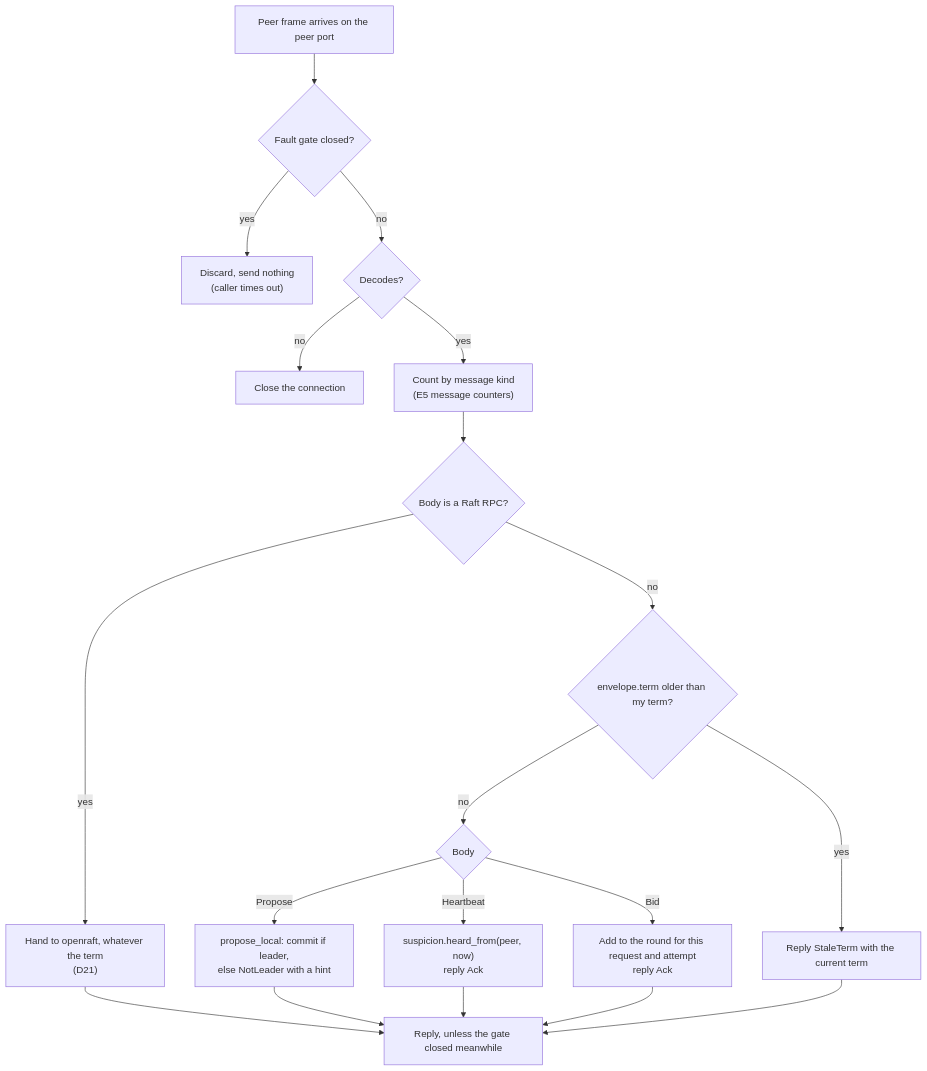
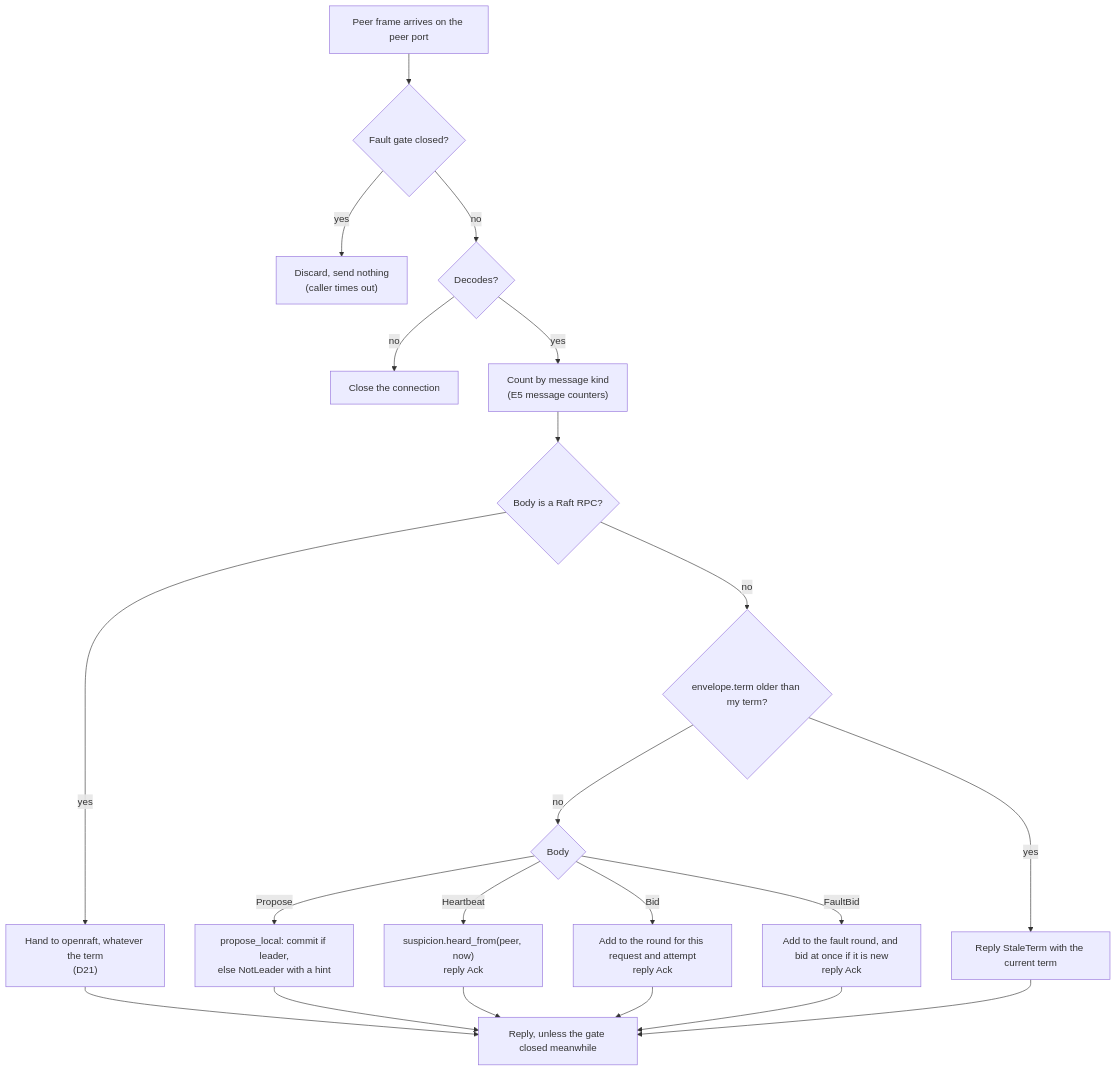
One commit to noortaytoy1/DistributedSystems changed the ninth of 43 diagrams in docs/architecture.md. Above: the diagram before and after it, drawn with Mermaid. The commit also changed other lines of this file and 6 other files, not shown here.

````diff
--- a/docs/architecture.md
+++ b/docs/architecture.md
@@ -513,21 +514,23 @@
 ```mermaid
 flowchart TD
     IN["Peer frame arrives on the peer port"] --> G{"Fault gate closed?"}
     G -->|"yes"| DROP["Discard, send nothing<br/>(caller times out)"]
     G -->|"no"| DEC{"Decodes?"}
     DEC -->|"no"| CLOSE["Close the connection"]
     DEC -->|"yes"| COUNT["Count by message kind<br/>(E5 message counters)"]
     COUNT --> RAFTQ{"Body is a Raft RPC?"}
     RAFTQ -->|"yes"| OR["Hand to openraft, whatever the term<br/>(D21)"]
     RAFTQ -->|"no"| TERM{"envelope.term older than my term?"}
     TERM -->|"yes"| STALE["Reply StaleTerm with the current term"]
     TERM -->|"no"| KIND{"Body"}
     KIND -->|"Propose"| PL["propose_local: commit if leader,<br/>else NotLeader with a hint"]
     KIND -->|"Heartbeat"| HB["suspicion.heard_from(peer, now)<br/>reply Ack"]
     KIND -->|"Bid"| BID["Add to the round for this request and attempt<br/>reply Ack"]
+    KIND -->|"FaultBid"| FB["Add to the fault round, and bid at once if it is new<br/>reply Ack"]
     OR --> REPLY["Reply, unless the gate closed meanwhile"]
     PL --> REPLY
     HB --> REPLY
     BID --> REPLY
+    FB --> REPLY
     STALE --> REPLY
 ```
````
